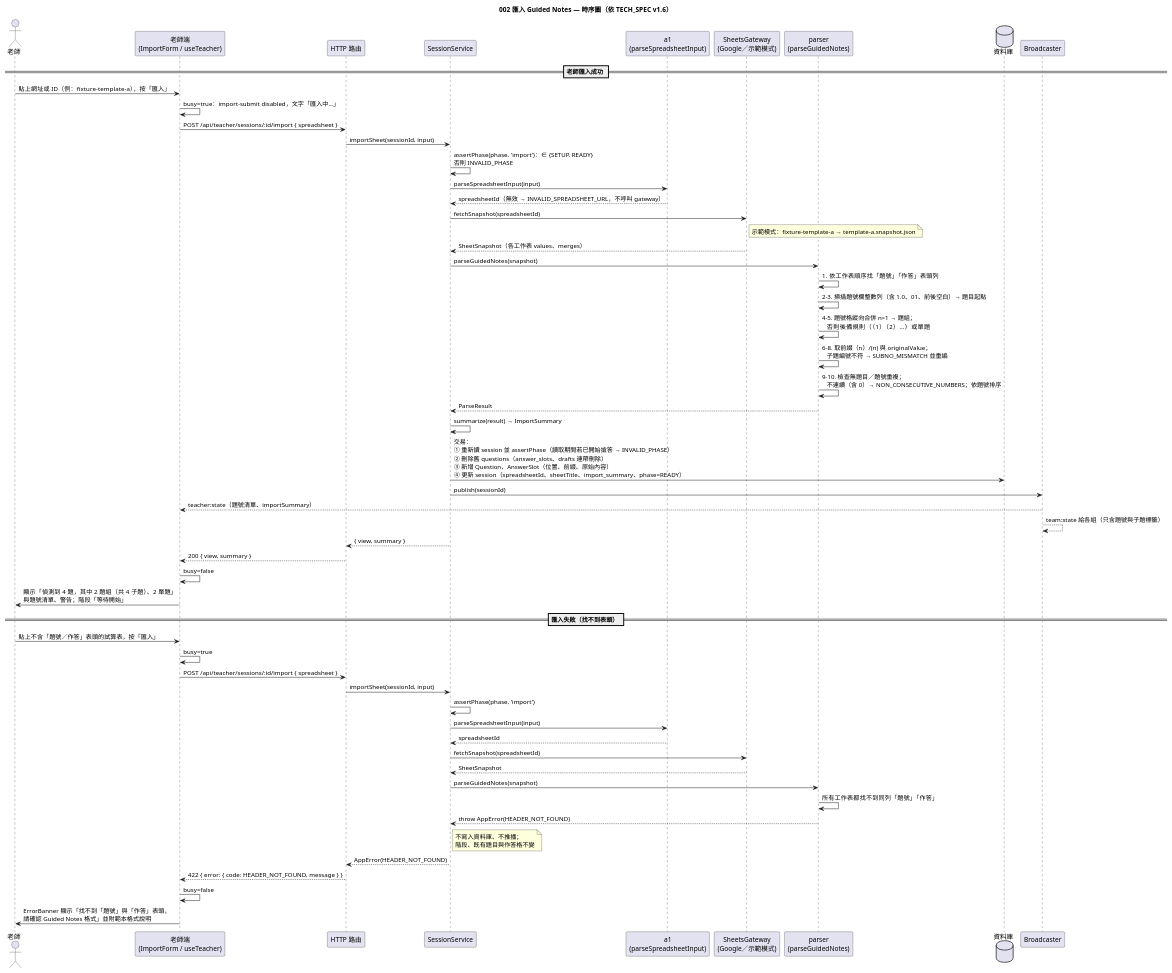
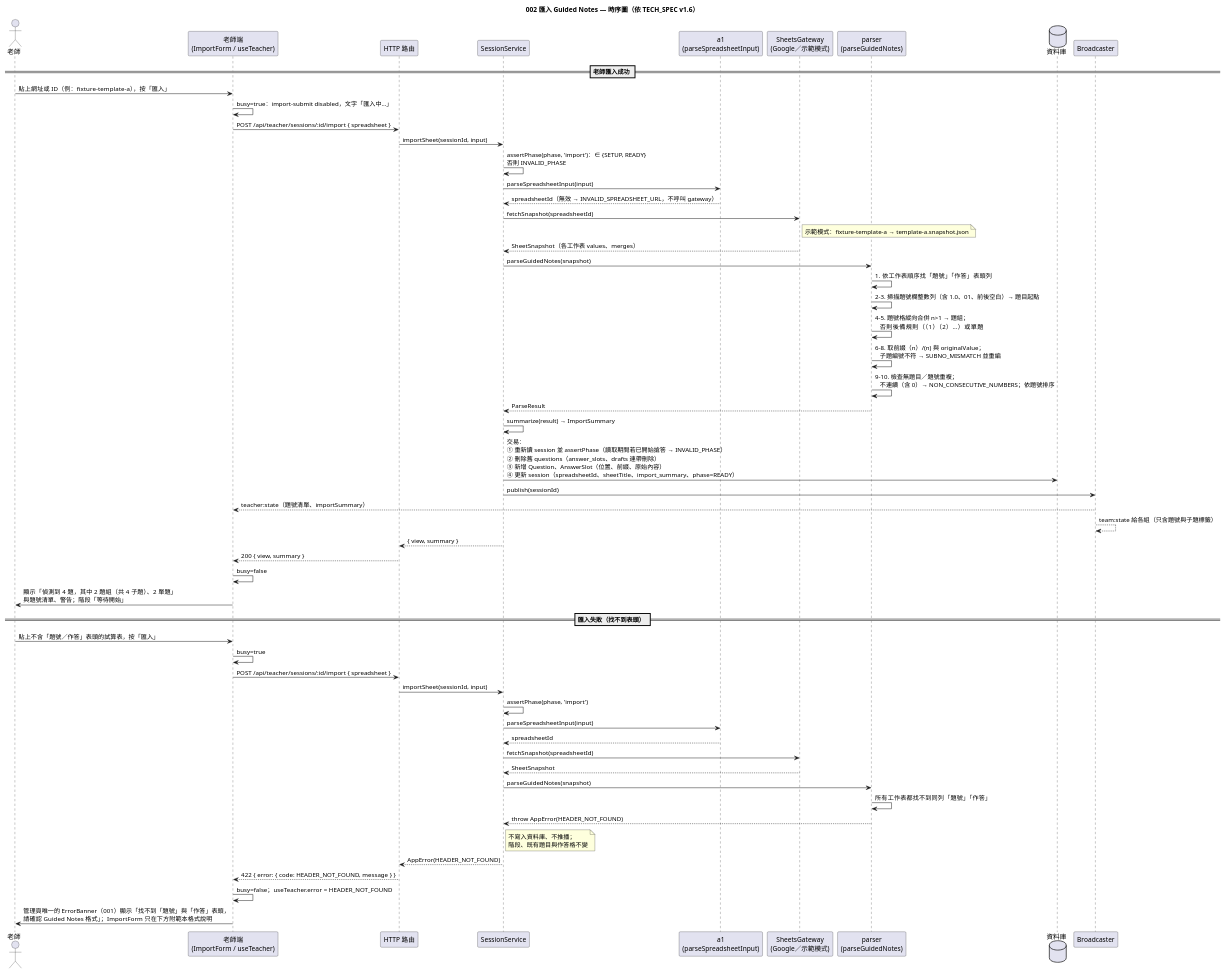
One commit to mkj-mkj/SE_Final_Project_SpecKit changed the diagram in diagrams/002-sequence.puml. Above: the diagram before and after it, drawn with PlantUML. The commit also changed 9 other files, not shown here.

```diff
--- a/diagrams/002-sequence.puml
+++ b/diagrams/002-sequence.puml
@@ -1,59 +1,59 @@
 @startuml 002-sequence
 title 002 匯入 Guided Notes — 時序圖（依 TECH_SPEC v1.6）
 actor 老師 as T
 participant "老師端\n(ImportForm / useTeacher)" as TC
 participant "HTTP 路由" as Http
 participant "SessionService" as Svc
 participant "a1\n(parseSpreadsheetInput)" as A1
 participant "SheetsGateway\n(Google／示範模式)" as GW
 participant "parser\n(parseGuidedNotes)" as P
 database "資料庫" as DB
 participant "Broadcaster" as BC
 
 == 老師匯入成功 ==
 T -> TC : 貼上網址或 ID（例：fixture-template-a），按「匯入」
 TC -> TC : busy=true：import-submit disabled，文字「匯入中…」
 TC -> Http : POST /api/teacher/sessions/:id/import { spreadsheet }
 Http -> Svc : importSheet(sessionId, input)
 Svc -> Svc : assertPhase(phase, 'import')：∈ {SETUP, READY}\n否則 INVALID_PHASE
 Svc -> A1 : parseSpreadsheetInput(input)
 A1 --> Svc : spreadsheetId（無效 → INVALID_SPREADSHEET_URL，不呼叫 gateway）
 Svc -> GW : fetchSnapshot(spreadsheetId)
 note right of GW : 示範模式：fixture-template-a → template-a.snapshot.json
 GW --> Svc : SheetSnapshot（各工作表 values、merges）
 Svc -> P : parseGuidedNotes(snapshot)
 P -> P : 1. 依工作表順序找「題號」「作答」表頭列
 P -> P : 2–3. 掃描題號欄整數列（含 1.0、01、前後空白）→ 題目起點
 P -> P : 4–5. 題號格縱向合併 n>1 → 題組；\n   否則後備規則（（1）（2）…）或單題
 P -> P : 6–8. 取前綴（n）/(n) 與 originalValue；\n   子題編號不符 → SUBNO_MISMATCH 並重編
 P -> P : 9–10. 檢查無題目／題號重複；\n   不連續（含 0）→ NON_CONSECUTIVE_NUMBERS；依題號排序
 P --> Svc : ParseResult
 Svc -> Svc : summarize(result) → ImportSummary
 Svc -> DB : 交易：\n① 重新讀 session 並 assertPhase（讀取期間若已開始搶答 → INVALID_PHASE）\n② 刪除舊 questions（answer_slots、drafts 連帶刪除）\n③ 新增 Question、AnswerSlot（位置、前綴、原始內容）\n④ 更新 session（spreadsheetId、sheetTitle、import_summary、phase=READY）
 Svc -> BC : publish(sessionId)
 BC --> TC : teacher:state（題號清單、importSummary）
 BC --> BC : team:state 給各組（只含題號與子題標籤）
 Svc --> Http : { view, summary }
 Http --> TC : 200 { view, summary }
 TC -> TC : busy=false
 TC -> T : 顯示「偵測到 4 題，其中 2 題組（共 4 子題）、2 單題」\n與題號清單、警告；階段「等待開始」
 
 == 匯入失敗（找不到表頭） ==
 T -> TC : 貼上不含「題號／作答」表頭的試算表，按「匯入」
 TC -> TC : busy=true
 TC -> Http : POST /api/teacher/sessions/:id/import { spreadsheet }
 Http -> Svc : importSheet(sessionId, input)
 Svc -> Svc : assertPhase(phase, 'import')
 Svc -> A1 : parseSpreadsheetInput(input)
 A1 --> Svc : spreadsheetId
 Svc -> GW : fetchSnapshot(spreadsheetId)
 GW --> Svc : SheetSnapshot
 Svc -> P : parseGuidedNotes(snapshot)
 P -> P : 所有工作表都找不到同列「題號」「作答」
 P --> Svc : throw AppError(HEADER_NOT_FOUND)
 note right of Svc : 不寫入資料庫、不推播；\n階段、既有題目與作答格不變
 Svc --> Http : AppError(HEADER_NOT_FOUND)
 Http --> TC : 422 { error: { code: HEADER_NOT_FOUND, message } }
-TC -> TC : busy=false
-TC -> T : ErrorBanner 顯示「找不到「題號」與「作答」表頭，\n請確認 Guided Notes 格式」並附範本格式說明
+TC -> TC : busy=false；useTeacher.error = HEADER_NOT_FOUND
+TC -> T : 管理頁唯一的 ErrorBanner（001）顯示「找不到「題號」與「作答」表頭，\n請確認 Guided Notes 格式」；ImportForm 只在下方附範本格式說明
 @enduml
```
